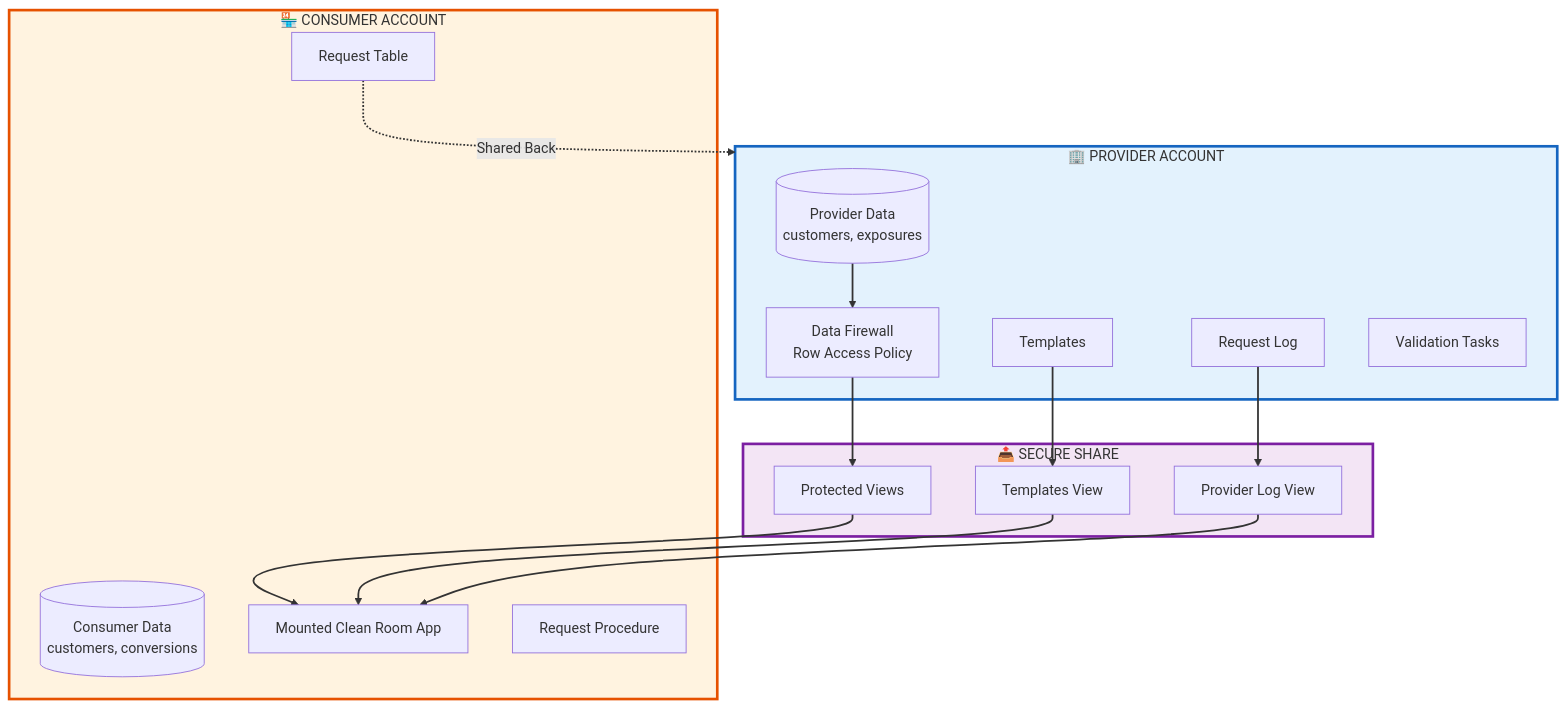
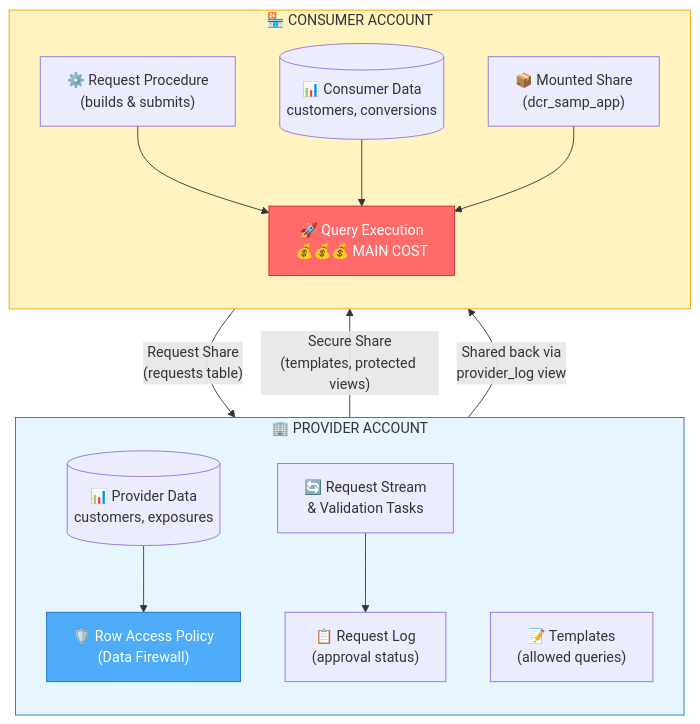
The first of 4 diagrams in DCR_Flow_and_Cost_Guide.md (sfc-gh-vshiv/sfquickstart-data-clean-room), drawn with Mermaid before and after one commit.

Commit message:
Refactor DCR Flow and Cost Guide Mermaid diagram for improved structure and clarity, enhancing the representation of provider and consumer interactions

````diff
--- a/DCR_Flow_and_Cost_Guide.md
+++ b/DCR_Flow_and_Cost_Guide.md
@@ -20,39 +20,35 @@
 ```mermaid
 flowchart TB
-    subgraph Provider["🏢 PROVIDER ACCOUNT"]
-        PD[(Provider Data<br/>customers, exposures)]
-        PT[Templates]
-        RL[Request Log]
-        DF[Data Firewall<br/>Row Access Policy]
-        TASK[Validation Tasks]
+    subgraph PROVIDER["🏢 PROVIDER ACCOUNT"]
+        direction TB
+        PD[("📊 Provider Data<br/>customers, exposures")]
+        PT["📝 Templates<br/>(allowed queries)"]
+        RS["🔄 Request Stream<br/>& Validation Tasks"]
+        RL["📋 Request Log<br/>(approval status)"]
+        RAP["🛡️ Row Access Policy<br/>(Data Firewall)"]
+        
+        PD --> RAP
+        RS --> RL
     end
     
-    subgraph Share["📤 SECURE SHARE"]
-        SV[Protected Views]
-        TMP[Templates View]
-        LOG[Provider Log View]
+    subgraph CONSUMER["🏪 CONSUMER ACCOUNT"]
+        direction TB
+        CD[("📊 Consumer Data<br/>customers, conversions")]
+        MS["📦 Mounted Share<br/>(dcr_samp_app)"]
+        RP["⚙️ Request Procedure<br/>(builds & submits)"]
+        QE["🚀 Query Execution<br/>💰💰💰 MAIN COST"]
+        
+        RP --> QE
+        CD --> QE
     end
     
-    subgraph Consumer["🏪 CONSUMER ACCOUNT"]
-        CD[(Consumer Data<br/>customers, conversions)]
-        REQ[Request Table]
-        APP[Mounted Clean Room App]
-        PROC[Request Procedure]
-    end
+    PROVIDER -->|"Secure Share<br/>(templates, protected views)"| MS
+    RP -->|"Request Share<br/>(requests table)"| RS
+    RL -->|"Shared back via<br/>provider_log view"| CONSUMER
+    MS --> QE
     
-    PD --> DF --> SV
-    PT --> TMP
-    RL --> LOG
-    
-    SV --> APP
-    TMP --> APP
-    LOG --> APP
-    
-    REQ -.->|Shared Back| Provider
-    
-    style Provider fill:#e3f2fd,stroke:#1565c0,stroke-width:3px
-    style Consumer fill:#fff3e0,stroke:#e65100,stroke-width:3px
-    style Share fill:#f3e5f5,stroke:#7b1fa2,stroke-width:3px
-    
-    linkStyle default stroke:#333,stroke-width:2px
+    style QE fill:#ff6b6b,stroke:#c92a2a,color:#fff
+    style RAP fill:#4dabf7,stroke:#1971c2,color:#fff
+    style PROVIDER fill:#e7f5ff,stroke:#1971c2
+    style CONSUMER fill:#fff3bf,stroke:#f59f00
 ```
````
